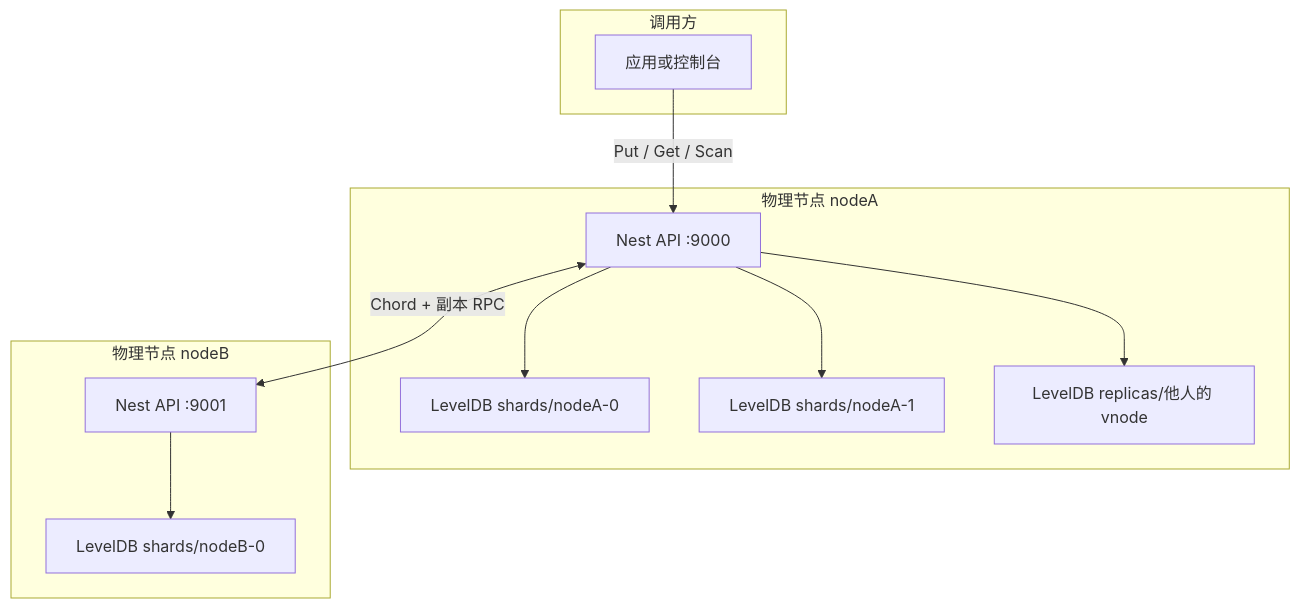
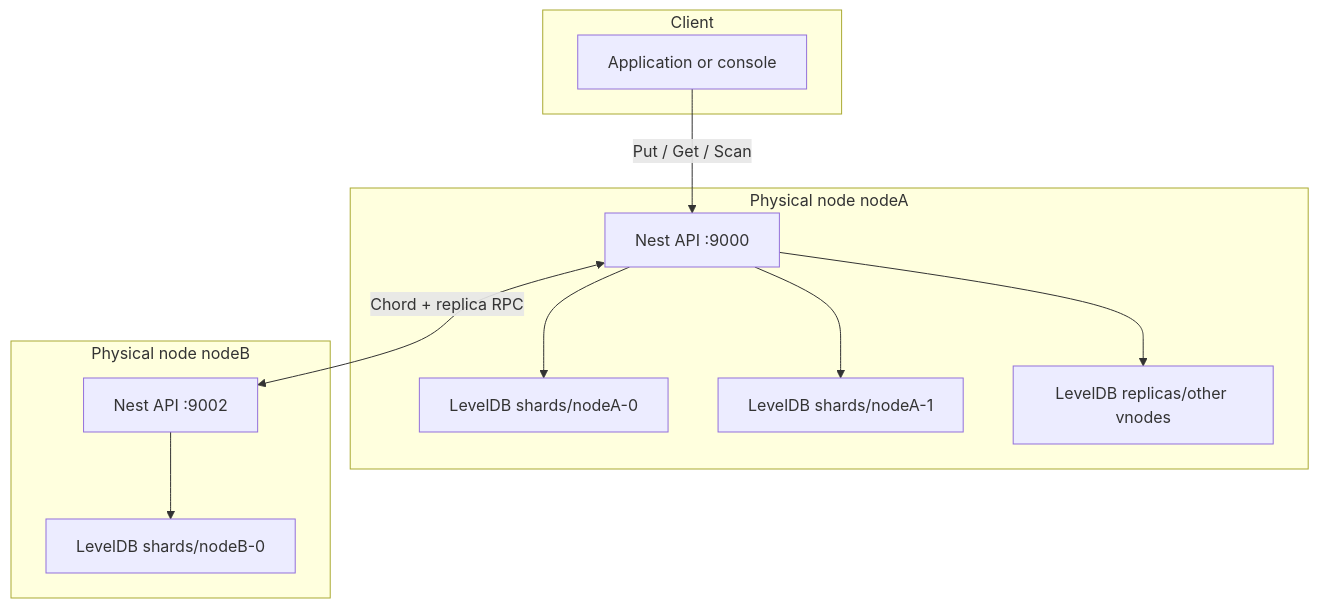
The diagram in README.md (zhangxinlong633/dleveldb), drawn with Mermaid before and after one commit. The commit also changed other lines of this file and 6 other files, not shown here.

````diff
--- a/README.md
+++ b/README.md
@@ -39,25 +41,25 @@
 ```mermaid
 flowchart TB
-  subgraph Client["调用方"]
-    App["应用或控制台"]
+  subgraph Client["Client"]
+    App["Application or console"]
   end
 
-  subgraph NodeA["物理节点 nodeA"]
+  subgraph NodeA["Physical node nodeA"]
     ApiA["Nest API :9000"]
     S0["LevelDB shards/nodeA-0"]
     S1["LevelDB shards/nodeA-1"]
-    R["LevelDB replicas/他人的 vnode"]
+    R["LevelDB replicas/other vnodes"]
     ApiA --> S0
     ApiA --> S1
     ApiA --> R
   end
 
-  subgraph NodeB["物理节点 nodeB"]
-    ApiB["Nest API :9001"]
+  subgraph NodeB["Physical node nodeB"]
+    ApiB["Nest API :9002"]
     SB["LevelDB shards/nodeB-0"]
     ApiB --> SB
   end
 
   App -->|Put / Get / Scan| ApiA
-  ApiA <-->|Chord + 副本 RPC| ApiB
+  ApiA <-->|Chord + replica RPC| ApiB
 ```
````
